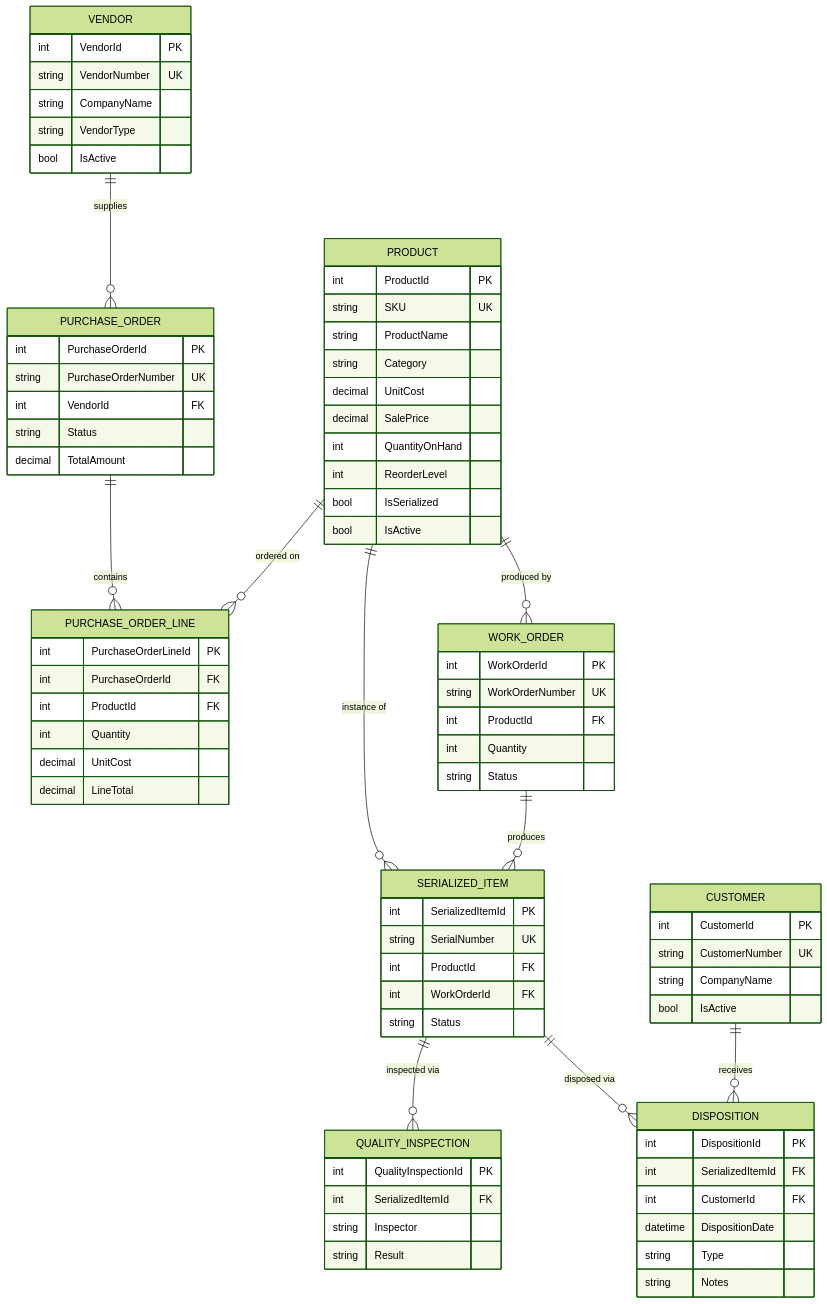
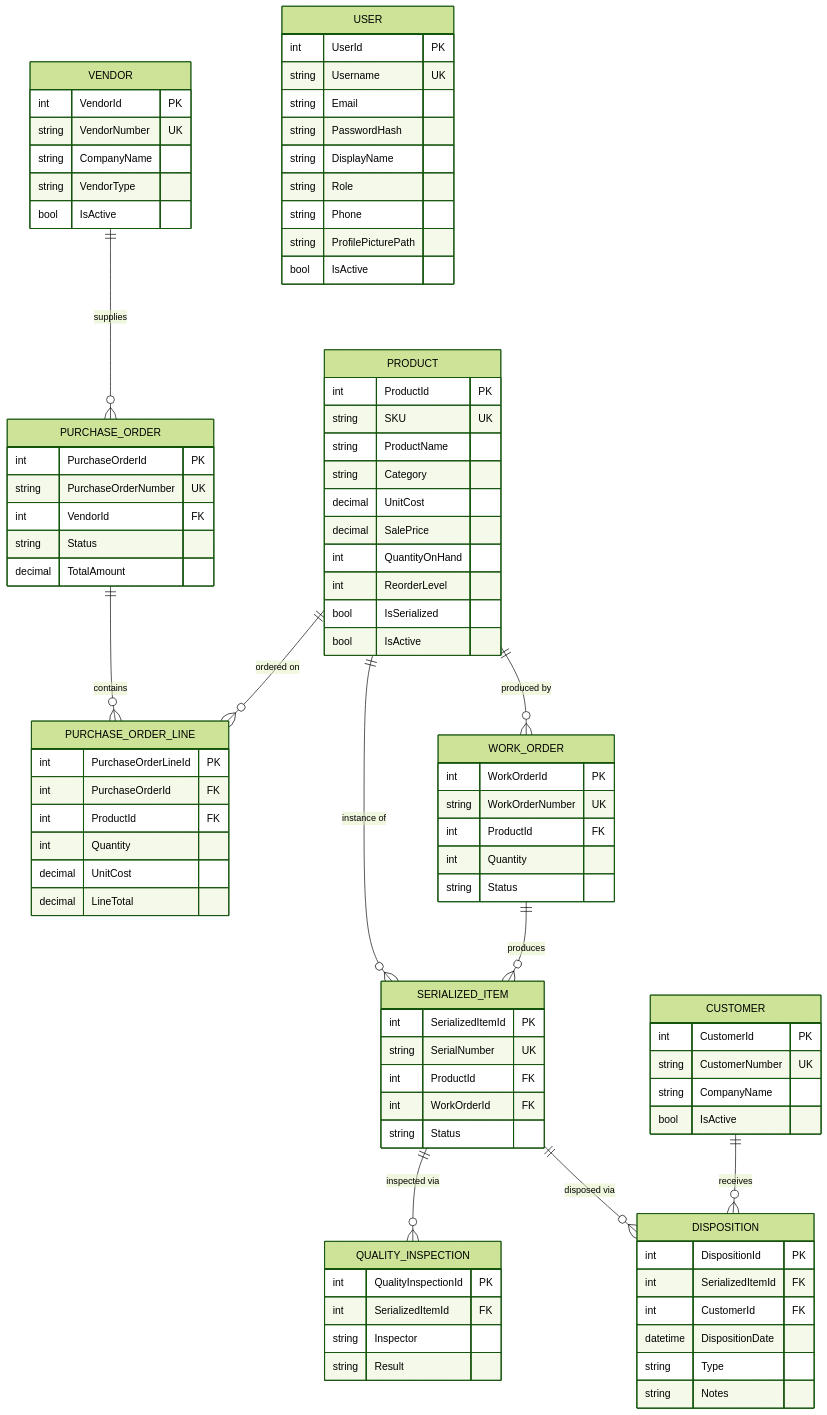
Before and after one commit to GetBirned/DartERP: the diagram in docs/DATABASE.md, drawn with Mermaid (forest theme). The commit also changed other lines of this file and 38 other files, not shown here.

```diff
--- a/docs/DATABASE.md
+++ b/docs/DATABASE.md
@@ -74,6 +74,17 @@
         string Type
         string Notes
     }
+    USER {
+        int UserId PK
+        string Username UK
+        string Email
+        string PasswordHash
+        string DisplayName
+        string Role
+        string Phone
+        string ProfilePicturePath
+        bool IsActive
+    }
 
     VENDOR ||--o{ PURCHASE_ORDER : "supplies"
     PURCHASE_ORDER ||--o{ PURCHASE_ORDER_LINE : "contains"
```
